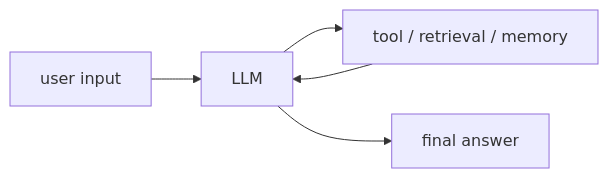
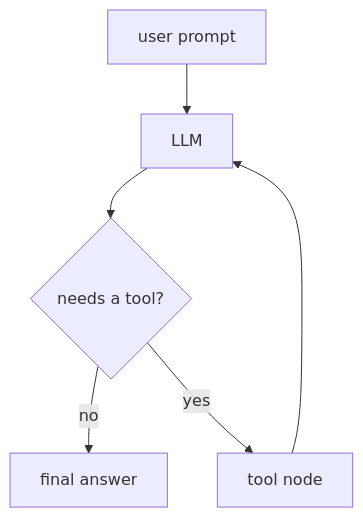
Before and after one commit to Walid-Ahmed/langgraph-tutorials: the first of 2 diagrams in 5-Workflows/00_augmented_llm.md, drawn with Mermaid. The commit also changed other lines of this file and 4 other files, not shown here.

Commit message:
Add augmented LLM tool workflow example

````diff
--- a/5-Workflows/00_augmented_llm.md
+++ b/5-Workflows/00_augmented_llm.md
@@ -14,7 +11,8 @@
 ```mermaid
-flowchart LR
-    USER["user input"] --> LLM["LLM"]
-    LLM --> TOOL["tool / retrieval / memory"]
+flowchart TD
+    USER["user prompt"] --> LLM["LLM"]
+    LLM --> DECIDE{"needs a tool?"}
+    DECIDE -->|no| FINAL["final answer"]
+    DECIDE -->|yes| TOOL["tool node"]
     TOOL --> LLM
-    LLM --> ANSWER["final answer"]
 ```
````
